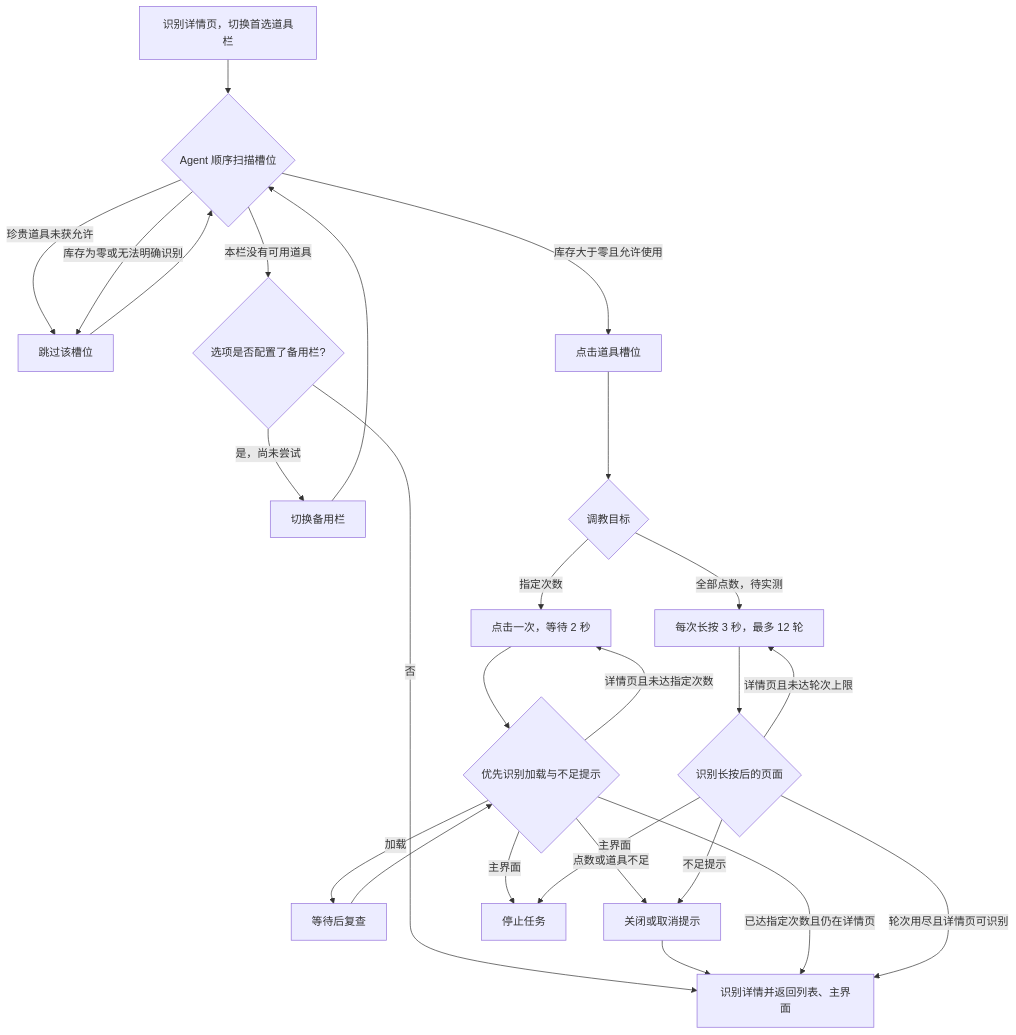
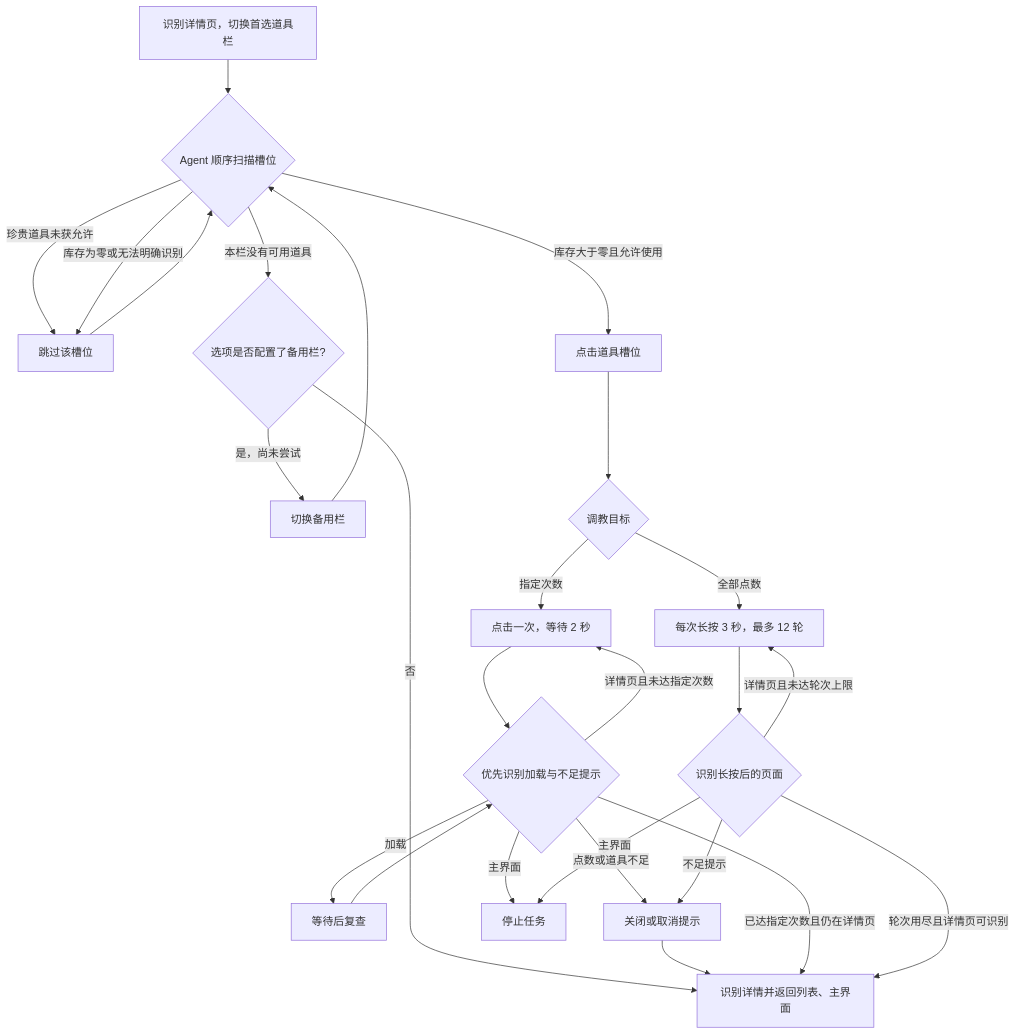
Before and after one commit to cccrx1/TKFMaa: the second of 2 diagrams in docs/zh_cn/tasks/daily_training.md, drawn with Mermaid. The commit also changed other lines of this file and 11 other files, not shown here.

````diff
--- a/docs/zh_cn/tasks/daily_training.md
+++ b/docs/zh_cn/tasks/daily_training.md
@@ -49,28 +49,28 @@
 ```mermaid
 flowchart TD
     Start[识别详情页，切换首选道具栏] --> Scan{Agent 顺序扫描槽位}
     Scan -->|珍贵道具未获允许| Skip[跳过该槽位]
     Scan -->|库存为零或无法明确识别| Skip
     Skip --> Scan
     Scan -->|库存大于零且允许使用| Select[点击道具槽位]
     Scan -->|本栏没有可用道具| Fallback{选项是否配置了备用栏?}
     Fallback -->|是，尚未尝试| Other[切换备用栏]
     Other --> Scan
     Fallback -->|否| Return[识别详情并返回列表、主界面]
     Select --> Mode{调教目标}
     Mode -->|指定次数| Click[点击一次，等待 2 秒]
     Click --> State{优先识别加载与不足提示}
     State -->|加载| Wait[等待后复查]
     Wait --> State
     State -->|点数或道具不足| Cancel[关闭或取消提示]
     Cancel --> Return
     State -->|详情页且未达指定次数| Click
     State -->|已达指定次数且仍在详情页| Return
     State -->|主界面| Done[停止任务]
-    Mode -->|全部点数，待实测| Hold[每次长按 3 秒，最多 12 轮]
+    Mode -->|全部点数| Hold[每次长按 3 秒，最多 12 轮]
     Hold --> HoldState{识别长按后的页面}
     HoldState -->|不足提示| Cancel
     HoldState -->|详情页且未达轮次上限| Hold
     HoldState -->|轮次用尽且详情页可识别| Return
     HoldState -->|主界面| Done
 ```
````
